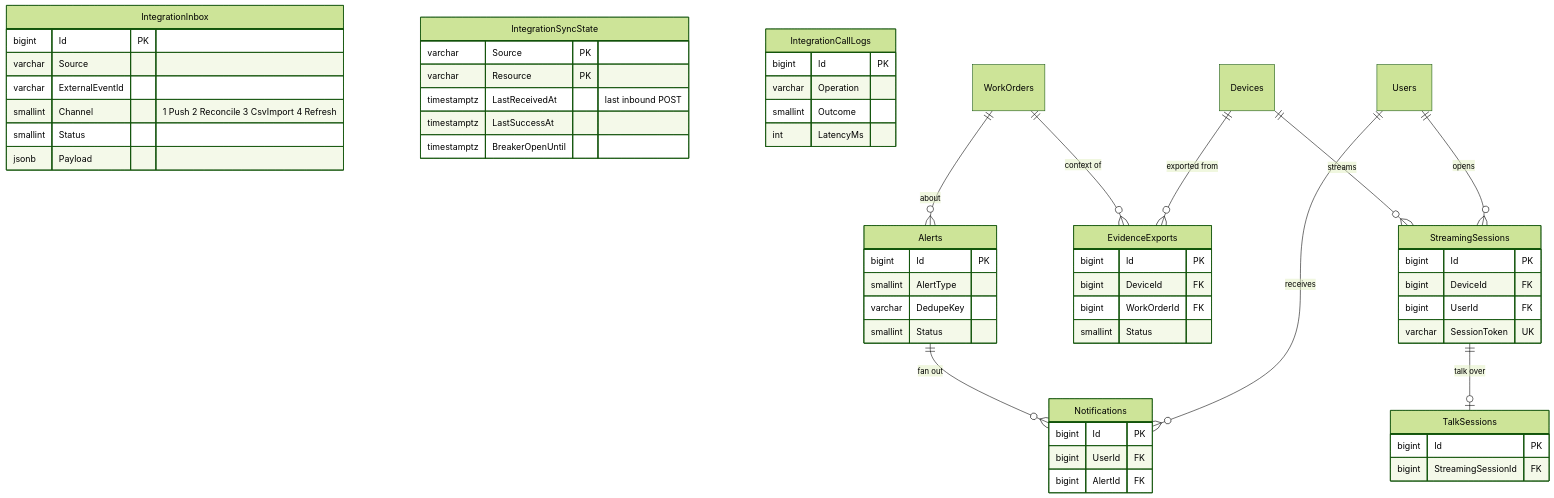
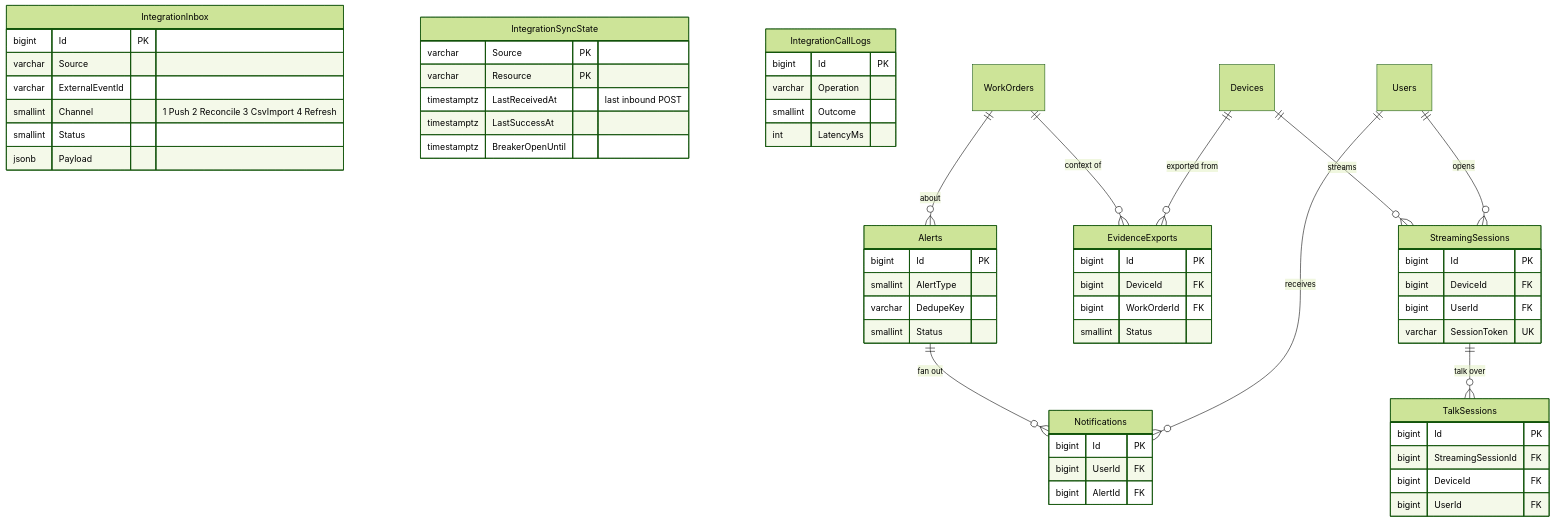
The third of 3 diagrams in docs/blueprint/04-database-design.md (b-werayut/psd-bodycam-v1.0), drawn with Mermaid (forest theme) before and after one commit. The commit also changed other lines of this file and 158 other files, not shown here.

````diff
--- a/docs/blueprint/04-database-design.md
+++ b/docs/blueprint/04-database-design.md
@@ -189,59 +189,61 @@
 ```mermaid
 erDiagram
   IntegrationInbox {
     bigint Id PK
     varchar Source
     varchar ExternalEventId
     smallint Channel "1 Push 2 Reconcile 3 CsvImport 4 Refresh"
     smallint Status
     jsonb Payload
   }
   IntegrationSyncState {
     varchar Source PK
     varchar Resource PK
     timestamptz LastReceivedAt "last inbound POST"
     timestamptz LastSuccessAt
     timestamptz BreakerOpenUntil
   }
   IntegrationCallLogs {
     bigint Id PK
     varchar Operation
     smallint Outcome
     int LatencyMs
   }
   Devices ||--o{ StreamingSessions : streams
   Users ||--o{ StreamingSessions : opens
-  StreamingSessions ||--o| TalkSessions : "talk over"
+  StreamingSessions ||--o{ TalkSessions : "talk over"
   WorkOrders ||--o{ EvidenceExports : "context of"
   Devices ||--o{ EvidenceExports : "exported from"
   Alerts ||--o{ Notifications : "fan out"
   Users ||--o{ Notifications : receives
   WorkOrders ||--o{ Alerts : about
   StreamingSessions {
     bigint Id PK
     bigint DeviceId FK
     bigint UserId FK
     varchar SessionToken UK
   }
   TalkSessions {
     bigint Id PK
     bigint StreamingSessionId FK
+    bigint DeviceId FK
+    bigint UserId FK
   }
   EvidenceExports {
     bigint Id PK
     bigint DeviceId FK
     bigint WorkOrderId FK
     smallint Status
   }
   Alerts {
     bigint Id PK
     smallint AlertType
     varchar DedupeKey
     smallint Status
   }
   Notifications {
     bigint Id PK
     bigint UserId FK
     bigint AlertId FK
   }
 ```
````
